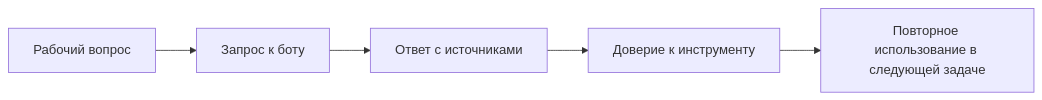
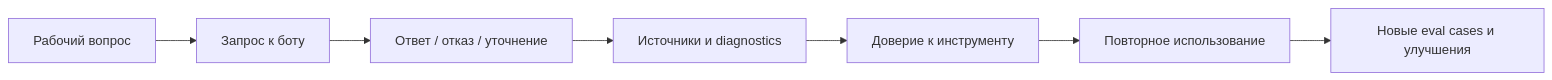
One commit to Anatoliy-Sysoev/MeetingAgent changed the fifth of 5 diagrams in docs/subprojects/asu-june-bot/product/07_product_architecture_and_relationships.md. Above: the diagram before and after it, drawn with Mermaid. The commit also changed other lines of this file, not shown here.

````diff
--- a/docs/subprojects/asu-june-bot/product/07_product_architecture_and_relationships.md
+++ b/docs/subprojects/asu-june-bot/product/07_product_architecture_and_relationships.md
@@ -103,7 +123,9 @@
 ```mermaid
 graph LR
     T["Рабочий вопрос"] --> A["Запрос к боту"]
-    A --> R["Ответ с источниками"]
-    R --> C["Доверие к инструменту"]
-    C --> H["Повторное использование в следующей задаче"]
+    A --> R["Ответ / отказ / уточнение"]
+    R --> S["Источники и diagnostics"]
+    S --> C["Доверие к инструменту"]
+    C --> H["Повторное использование"]
+    H --> E["Новые eval cases и улучшения"]
 ```
````
